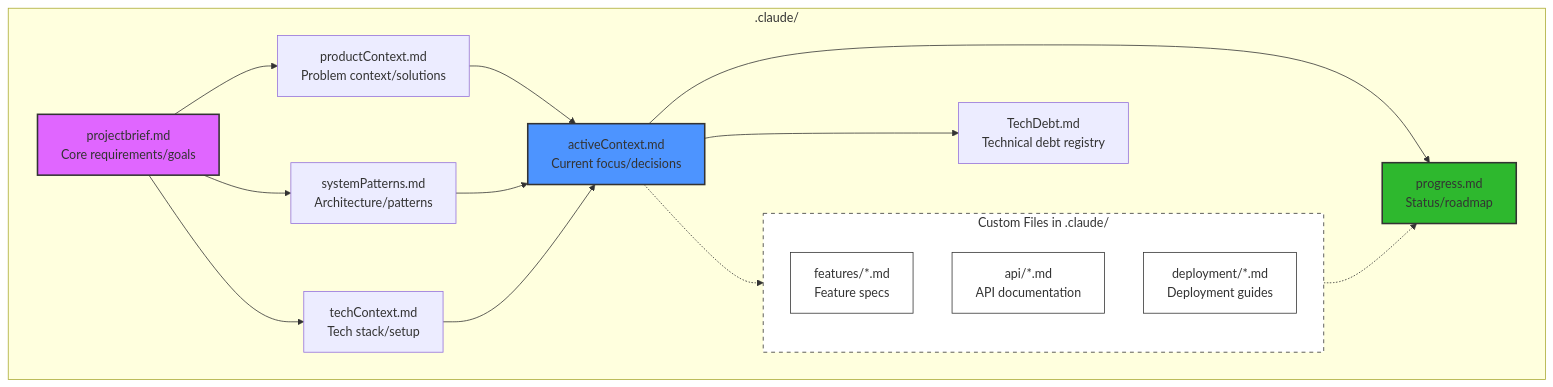
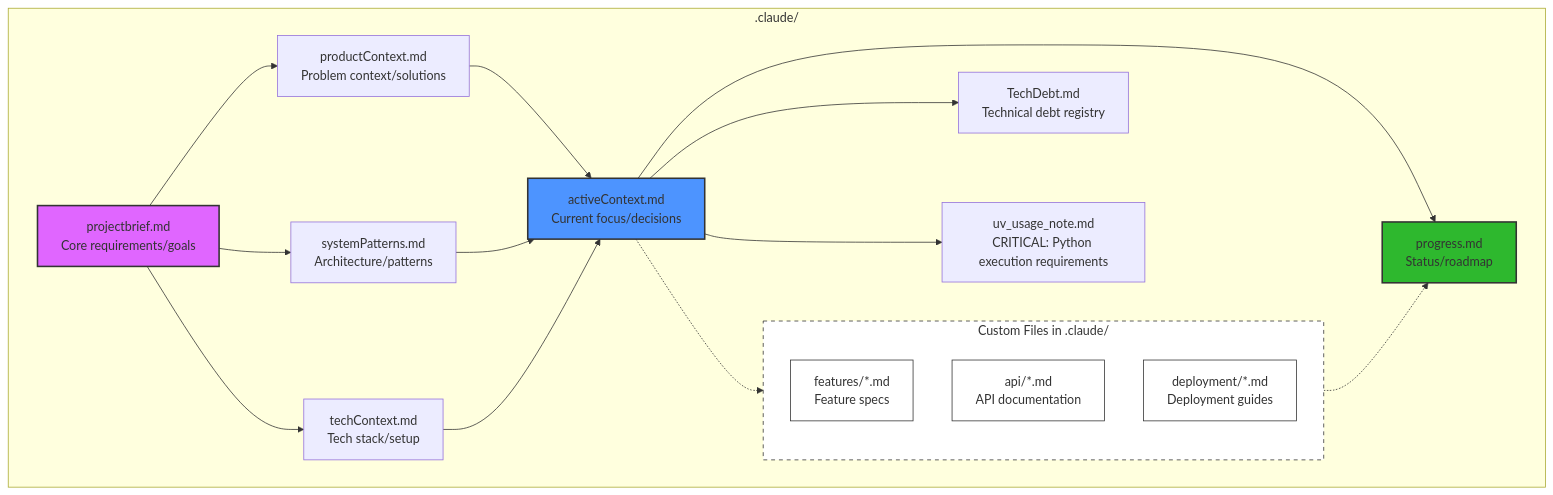
One commit to Caronex-Labs/IntelligenceInterface changed the second of 2 diagrams in templates/projects/python_fastapi_sqlmodel/.claude/commands/MemoryBank.md. Above: the diagram before and after it, drawn with Mermaid. The commit also changed other lines of this file and 173 other files, not shown here.

````diff
--- a/templates/projects/python_fastapi_sqlmodel/.claude/commands/MemoryBank.md
+++ b/templates/projects/python_fastapi_sqlmodel/.claude/commands/MemoryBank.md
@@ -116,34 +118,35 @@
 ```mermaid
 flowchart TD
     subgraph ".claude/"
         PB[projectbrief.md\nCore requirements/goals] --> PC[productContext.md\nProblem context/solutions]
         PB --> SP[systemPatterns.md\nArchitecture/patterns]
         PB --> TC[techContext.md\nTech stack/setup]
 
         PC --> AC[activeContext.md\nCurrent focus/decisions]
         SP --> AC
         TC --> AC
 
         AC --> P[progress.md\nStatus/roadmap]
         AC --> TD[TechDebt.md\nTechnical debt registry]
+        AC --> UV[uv_usage_note.md\nCRITICAL: Python execution requirements]
 
         %% Custom files section
         subgraph CF[Custom Files in .claude/]
             CF1[features/*.md\nFeature specs]
             CF2[api/*.md\nAPI documentation]
             CF3[deployment/*.md\nDeployment guides]
         end
 
         %% Connect custom files to main structure
         AC -.-> CF
         CF -.-> P
     end
 
     style PB fill:#e066ff,stroke:#333,stroke-width:2px
     style AC fill:#4d94ff,stroke:#333,stroke-width:2px
     style P fill:#2eb82e,stroke:#333,stroke-width:2px
     style CF fill:#fff,stroke:#333,stroke-width:1px,stroke-dasharray: 5 5
     style CF1 fill:#fff,stroke:#333
     style CF2 fill:#fff,stroke:#333
     style CF3 fill:#fff,stroke:#333
 ```
````
